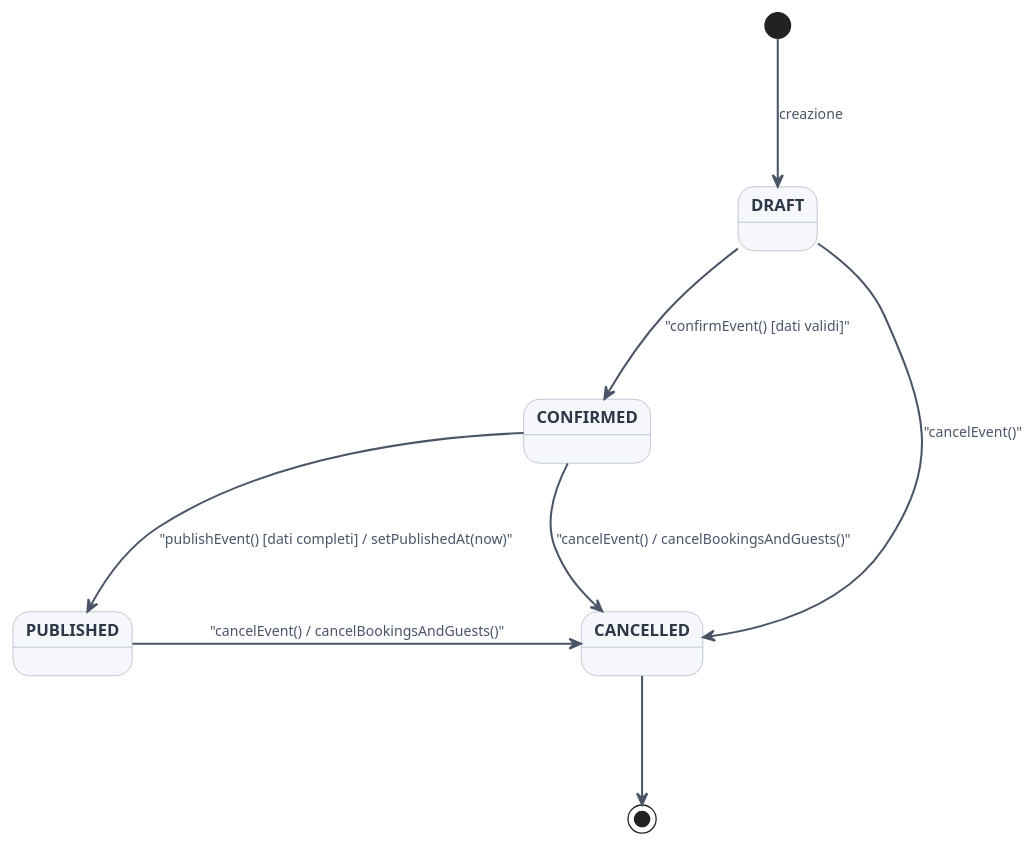
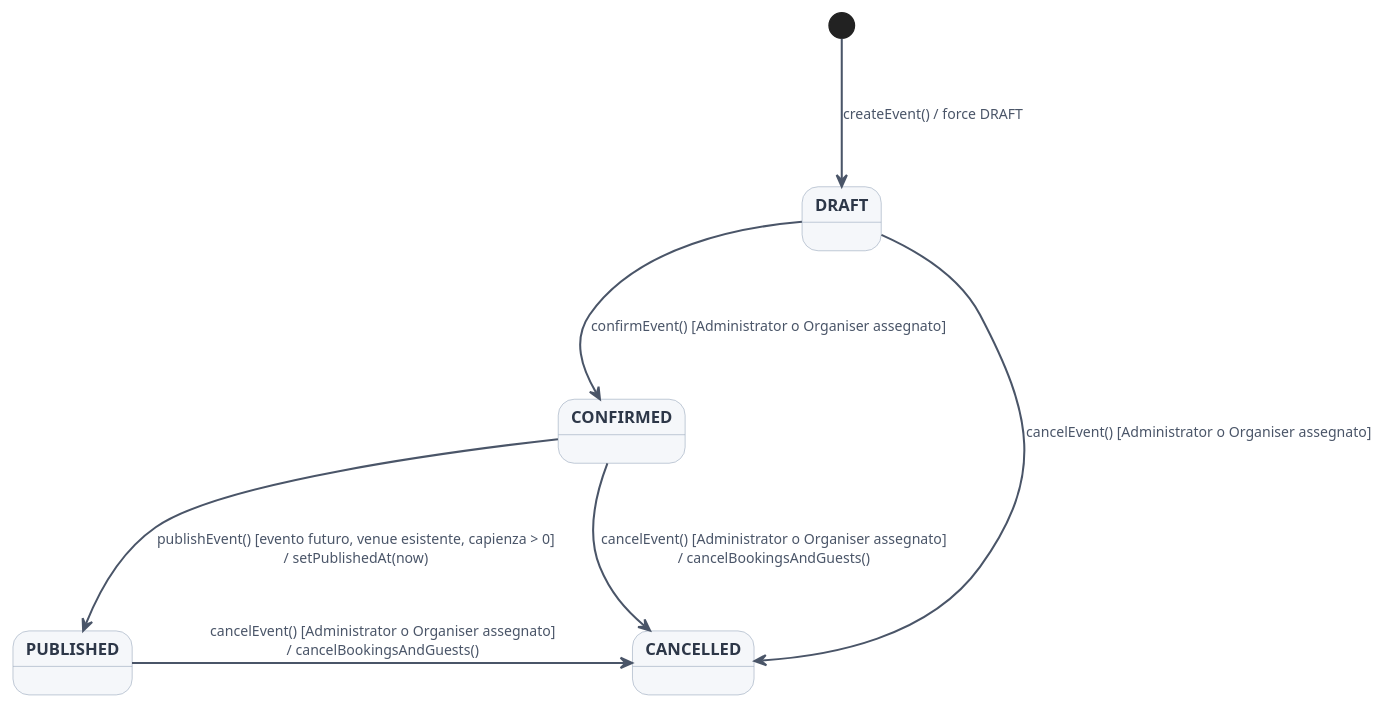
The diagram in docs/diagrams/states/state-event.puml (MeruemMeurel/Venue_Event_Organiser), drawn with PlantUML before and after one commit. The commit also changed 10 other files, not shown here.

```diff
--- a/docs/diagrams/states/state-event.puml
+++ b/docs/diagrams/states/state-event.puml
@@ -1,33 +1,32 @@
 @startuml
 skinparam style strictuml
 skinparam shadowing false
 skinparam DefaultFontName "Helvetica"
 skinparam DefaultFontSize 12
 
 skinparam state {
     BackgroundColor #F5F7FA
     BorderColor #A0AEC0
     FontColor #2D3748
     FontSize 13
     FontStyle bold
 
     ArrowColor #4A5568
     ArrowThickness 1.6
     ArrowFontColor #4A5568
     ArrowFontSize 11
 }
 
 skinparam ranksep 100
 skinparam nodesep 120
 
-[*] --> DRAFT : creazione
+[*] --> DRAFT : createEvent() / force DRAFT
 
-DRAFT --> CONFIRMED : "confirmEvent() [dati validi]"
-CONFIRMED --> PUBLISHED : "publishEvent() [dati completi] / setPublishedAt(now)"
+DRAFT --> CONFIRMED : confirmEvent() [Administrator o Organiser assegnato]
+CONFIRMED --> PUBLISHED : publishEvent() [evento futuro, venue esistente, capienza > 0]\n/ setPublishedAt(now)
 
-DRAFT -right-> CANCELLED : "cancelEvent()"
-CONFIRMED -right-> CANCELLED : "cancelEvent() / cancelBookingsAndGuests()"
-PUBLISHED -right-> CANCELLED : "cancelEvent() / cancelBookingsAndGuests()"
+DRAFT -right-> CANCELLED : cancelEvent() [Administrator o Organiser assegnato]
+CONFIRMED -right-> CANCELLED : cancelEvent() [Administrator o Organiser assegnato]\n/ cancelBookingsAndGuests()
+PUBLISHED -right-> CANCELLED : cancelEvent() [Administrator o Organiser assegnato]\n/ cancelBookingsAndGuests()
 
-CANCELLED --> [*]
 @endum
```
